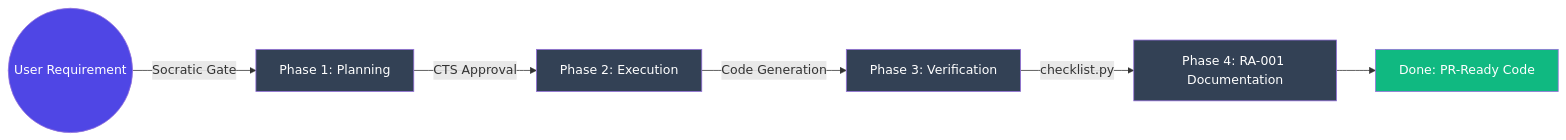
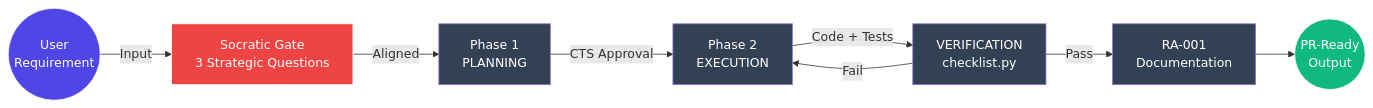
One commit to Ab-aswini/Agent-kit-P1 changed the fourth of 6 diagrams in README.md. Above: the diagram before and after it, drawn with Mermaid. The commit also changed other lines of this file and 2 other files, not shown here.

Commit message:
docs: README overhaul v1.4 — 17 sections, 6 Mermaid diagrams, 2026 standards, agent v3.0, status update

````diff
--- a/README.md
+++ b/README.md
@@ -148,16 +272,21 @@
 ```mermaid
-%%{init: {'theme': 'auto', 'themeVariables': { 'mainBkg': '#0f172a' }}}%%
+%%{init: {'theme': 'default'}}%%
+
 flowchart LR
-    REQ((User Requirement)) -->|Socratic Gate| PLAN[Phase 1: Planning]
-    PLAN -->|CTS Approval| EXEC[Phase 2: Execution]
-    EXEC -->|Code Generation| VER[Phase 3: Verification]
-    VER -->|checklist.py| RA[Phase 4: RA-001 Documentation]
-    RA --> OUT[Done: PR-Ready Code]
+  REQ((User<br/>Requirement)) -->|Input| GATE["Socratic Gate<br/>3 Strategic Questions"]
+  GATE -->|Aligned| PLAN["Phase 1<br/>PLANNING"]
+  PLAN -->|CTS Approval| EXEC["Phase 2<br/>EXECUTION"]
+  EXEC -->|Code + Tests| VER["VERIFICATION<br/>checklist.py"]
+  VER -->|Pass| DOC["RA-001<br/>Documentation"]
+  DOC --> SHIP((PR-Ready<br/>Output))
 
-    style REQ fill:#4F46E5,color:#fff
-    style OUT fill:#10B981,color:#fff
-    style PLAN fill:#334155,color:#fff
-    style EXEC fill:#334155,color:#fff
-    style VER fill:#334155,color:#fff
-    style RA fill:#334155,color:#fff
+  VER -->|Fail| EXEC
+
+  style REQ fill:#4F46E5,color:#fff,stroke:#fff
+  style SHIP fill:#10B981,color:#fff,stroke:#fff
+  style GATE fill:#EF4444,color:#fff,stroke:#fff
+  style PLAN fill:#334155,color:#fff
+  style EXEC fill:#334155,color:#fff
+  style VER fill:#334155,color:#fff
+  style DOC fill:#334155,color:#fff
 ```
````
